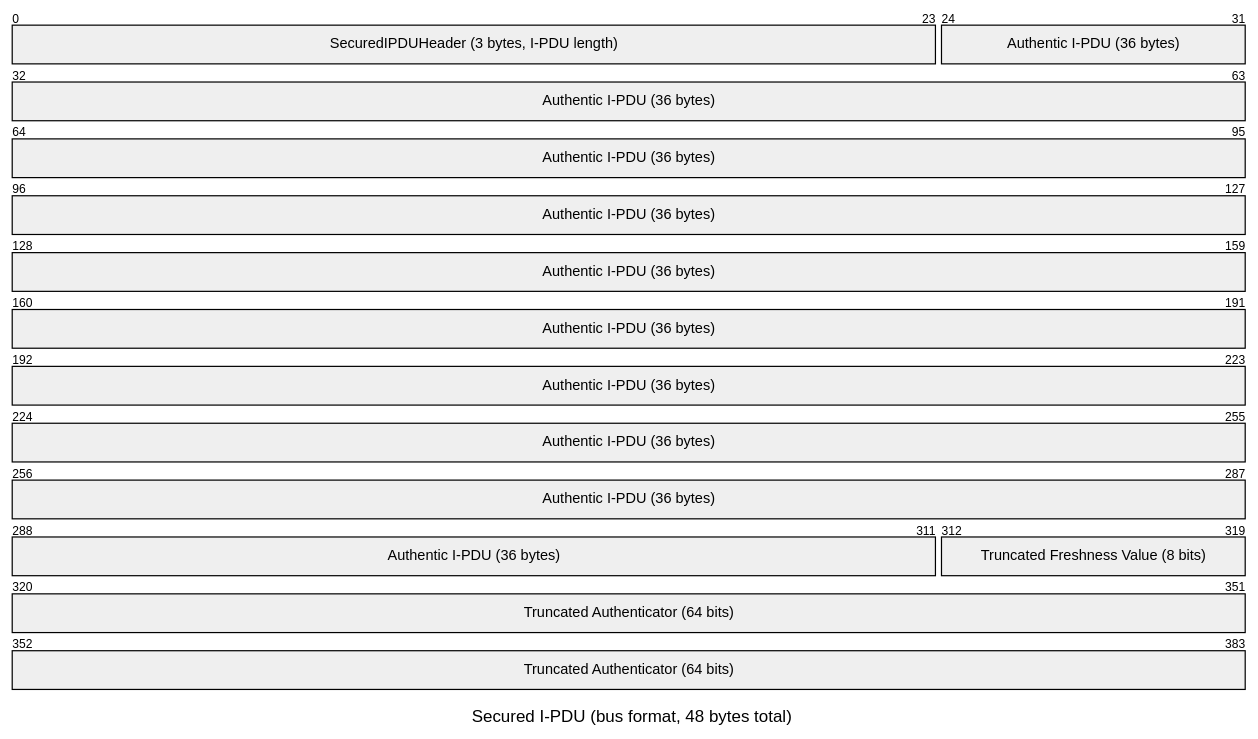
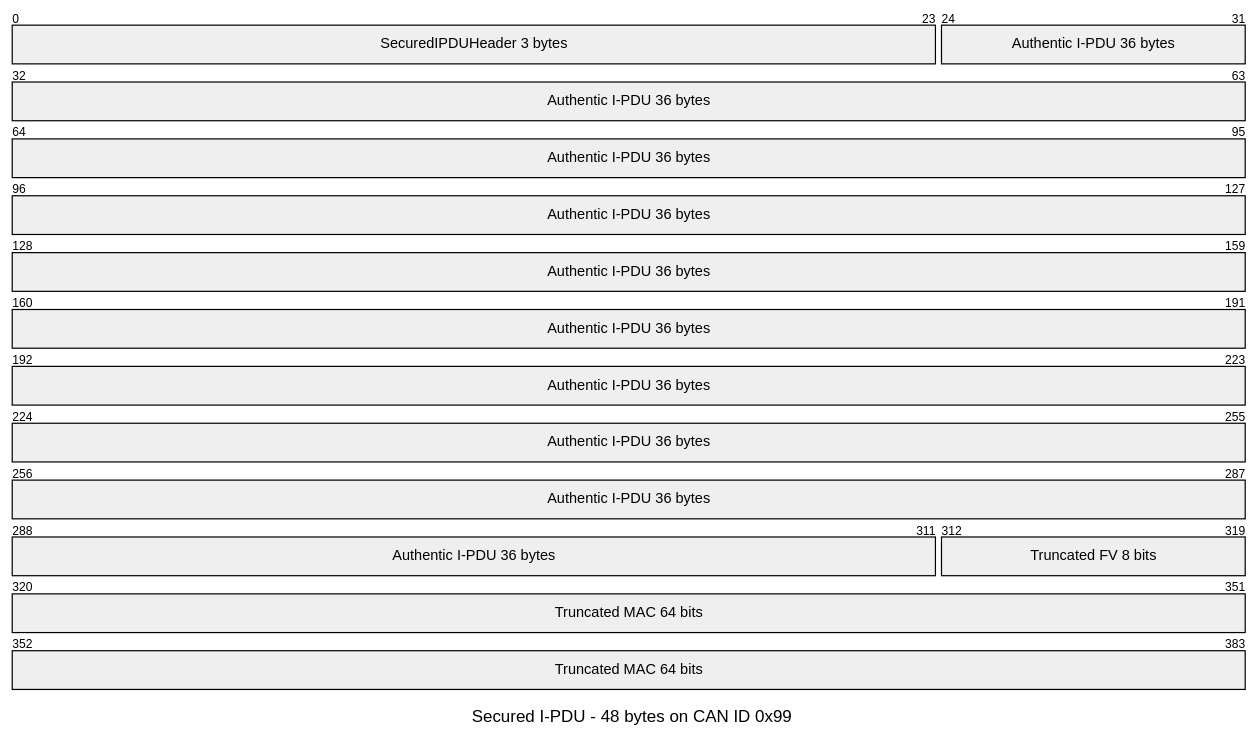
Before and after one commit to autoas/as: the third of 7 diagrams in doc/EN/SecOC.md, drawn with Mermaid (neutral theme). The commit also changed other lines of this file and 518 other files, not shown here.

````diff
--- a/doc/EN/SecOC.md
+++ b/doc/EN/SecOC.md
@@ -60,8 +246,8 @@
 ```mermaid
 packet-beta
-title Secured I-PDU (bus format, 48 bytes total)
-0-23: "SecuredIPDUHeader (3 bytes, I-PDU length)"
-24-311: "Authentic I-PDU (36 bytes)"
-312-319: "Truncated Freshness Value (8 bits)"
-320-383: "Truncated Authenticator (64 bits)"
+title Secured I-PDU - 48 bytes on CAN ID 0x99
+0-23: "SecuredIPDUHeader 3 bytes"
+24-311: "Authentic I-PDU 36 bytes"
+312-319: "Truncated FV 8 bits"
+320-383: "Truncated MAC 64 bits"
 ```
````
